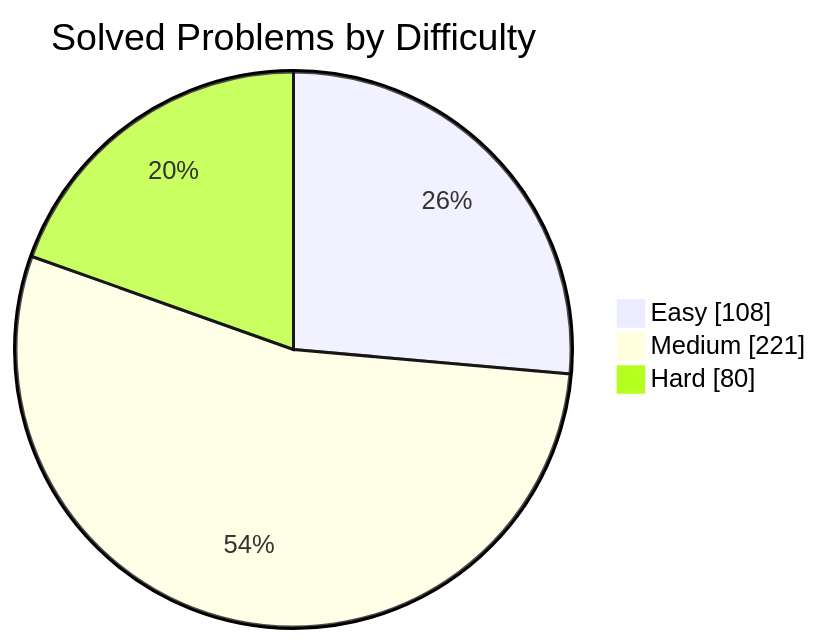
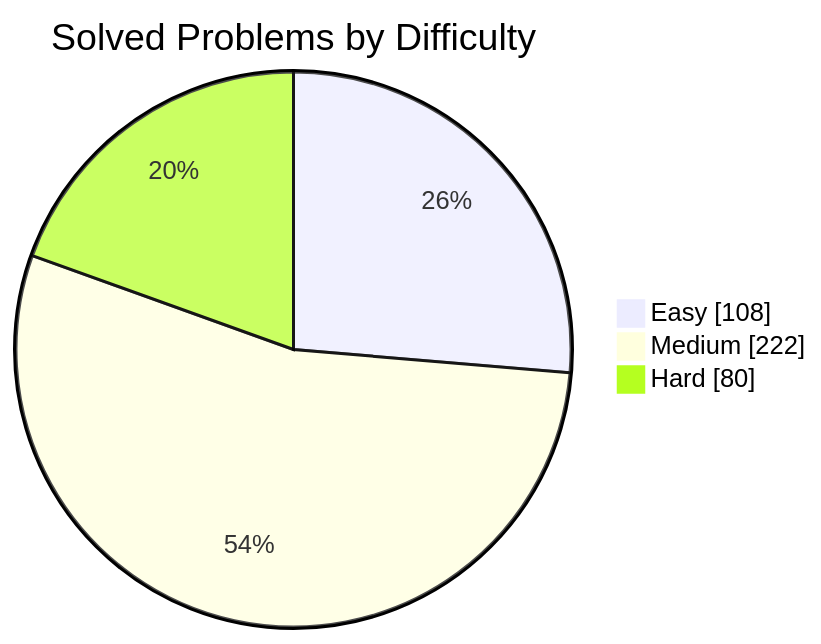
Before and after one commit to manikantbindass/DSA-Preparation-FAANG: the first of 2 diagrams in README.md, drawn with Mermaid. The commit also changed other lines of this file and 1 other file, not shown here.

````diff
--- a/README.md
+++ b/README.md
@@ -77,7 +77,7 @@
 ```mermaid
 pie showData
     title Solved Problems by Difficulty
     "Easy" : 108
-    "Medium" : 221
+    "Medium" : 222
     "Hard" : 80
 ```
````
